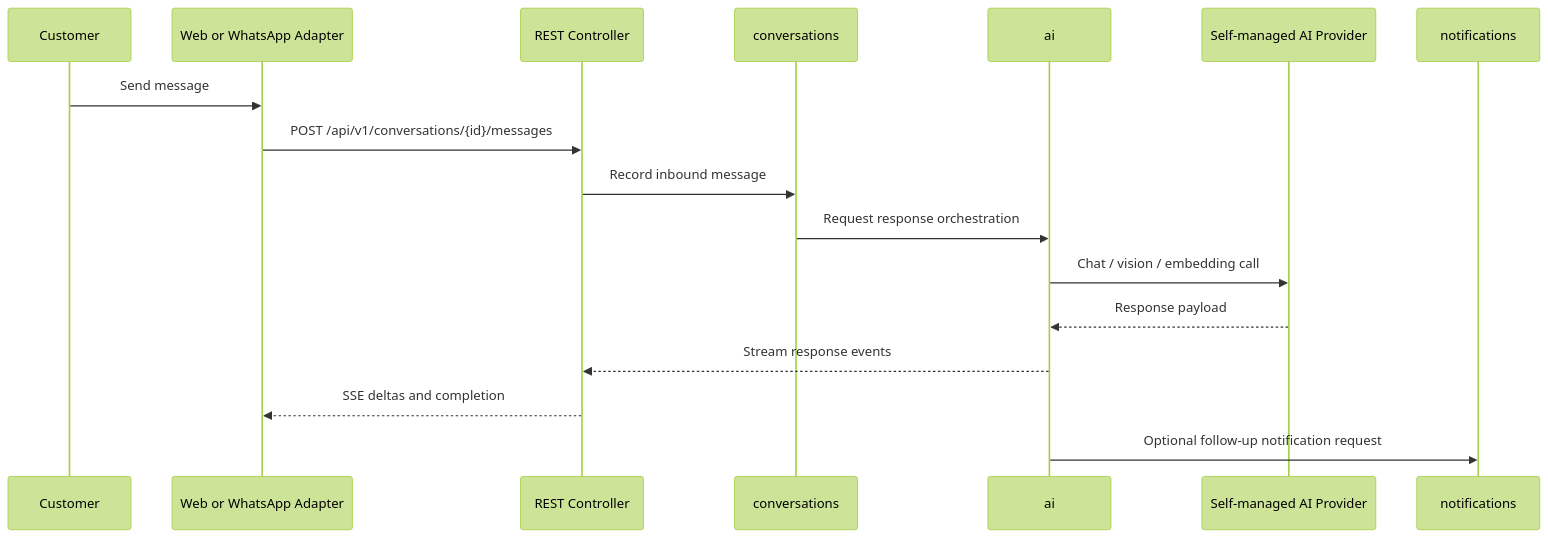
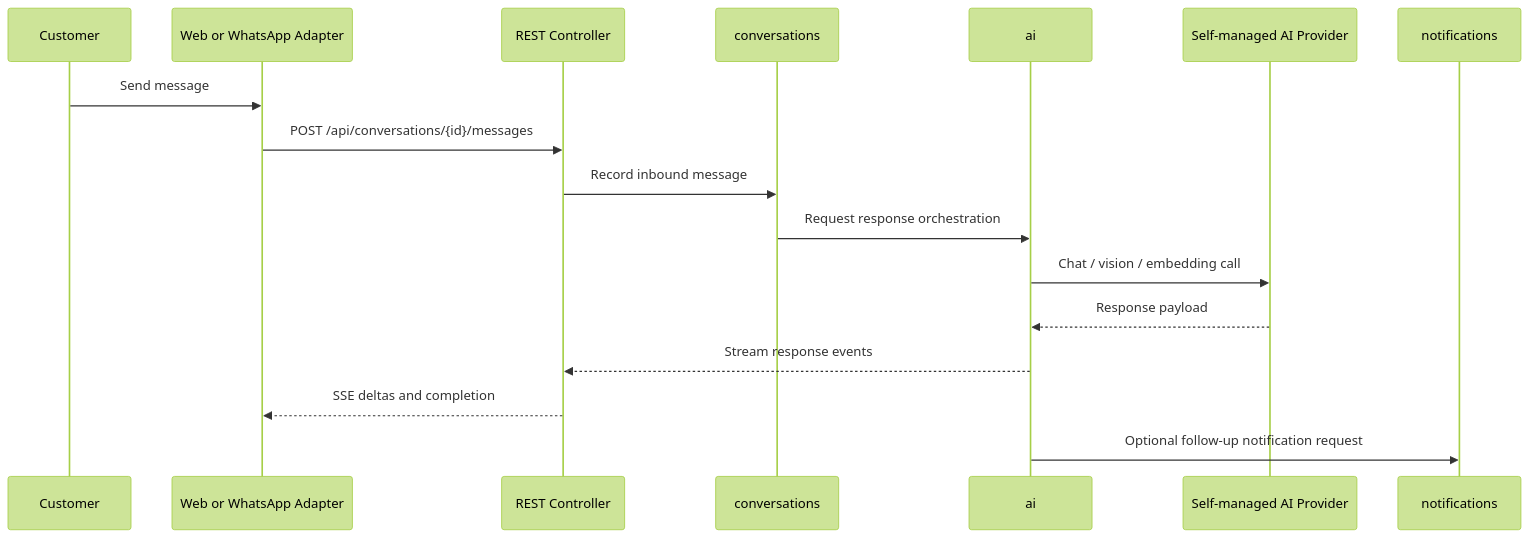
Before and after one commit to migangdelzar/emme-service: the second of 7 diagrams in docs/prd/EMME_MODULITH_PRD.md, drawn with Mermaid (forest theme). The commit also changed 90 other files, not shown here.

````diff
--- a/docs/prd/EMME_MODULITH_PRD.md
+++ b/docs/prd/EMME_MODULITH_PRD.md
@@ -64,20 +64,20 @@
 ```mermaid
 sequenceDiagram
     participant Customer
     participant Frontend as Web or WhatsApp Adapter
     participant API as REST Controller
     participant Conv as conversations
     participant AI as ai
     participant Model as Self-managed AI Provider
     participant Notif as notifications
 
     Customer->>Frontend: Send message
-    Frontend->>API: POST /api/v1/conversations/{id}/messages
+    Frontend->>API: POST /api/conversations/{id}/messages
     API->>Conv: Record inbound message
     Conv->>AI: Request response orchestration
     AI->>Model: Chat / vision / embedding call
     Model-->>AI: Response payload
     AI-->>API: Stream response events
     API-->>Frontend: SSE deltas and completion
     AI->>Notif: Optional follow-up notification request
 ```
````
